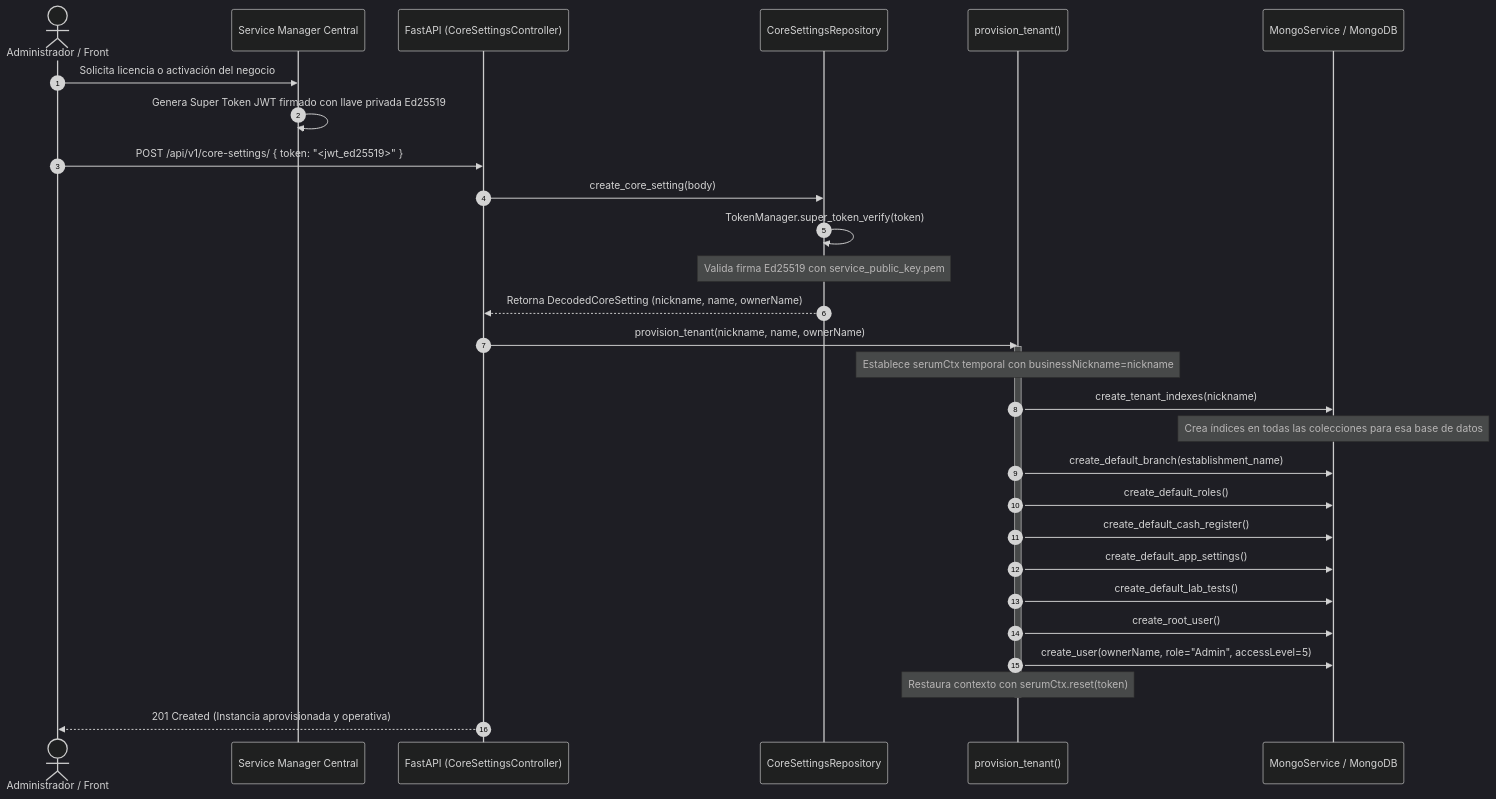
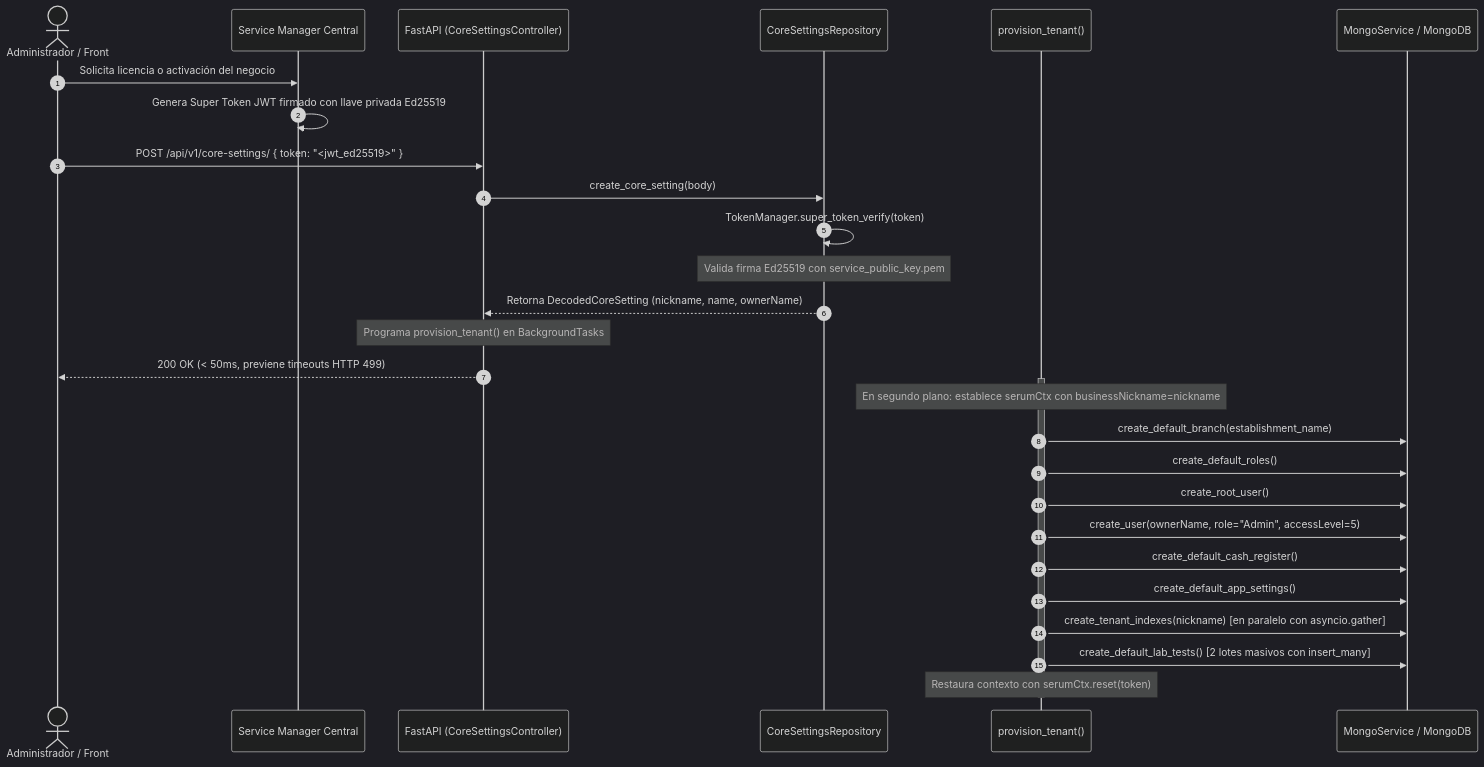
The second of 2 diagrams in wiki/arquitectura/multi_tenant.md (NathanDraco22/serum_app_back), drawn with Mermaid (dark theme) before and after one commit. The commit also changed other lines of this file and 8 other files, not shown here.

````diff
--- a/wiki/arquitectura/multi_tenant.md
+++ b/wiki/arquitectura/multi_tenant.md
@@ -89,33 +89,32 @@
 ```mermaid
 sequenceDiagram
     autonumber
     actor Admin as Administrador / Front
     participant SM as Service Manager Central
     participant API as FastAPI (CoreSettingsController)
     participant Repo as CoreSettingsRepository
     participant Prov as provision_tenant()
     participant Mongo as MongoService / MongoDB
 
     Admin->>SM: Solicita licencia o activación del negocio
     SM->>SM: Genera Super Token JWT firmado con llave privada Ed25519
     Admin->>API: POST /api/v1/core-settings/ { token: "<jwt_ed25519>" }
     API->>Repo: create_core_setting(body)
     Repo->>Repo: TokenManager.super_token_verify(token)
     Note over Repo: Valida firma Ed25519 con service_public_key.pem
     Repo-->>API: Retorna DecodedCoreSetting (nickname, name, ownerName)
-    API->>Prov: provision_tenant(nickname, name, ownerName)
+    Note over API: Programa provision_tenant() en BackgroundTasks
+    API-->>Admin: 200 OK (< 50ms, previene timeouts HTTP 499)
     activate Prov
-    Note over Prov: Establece serumCtx temporal con businessNickname=nickname
-    Prov->>Mongo: create_tenant_indexes(nickname)
-    Note over Mongo: Crea índices en todas las colecciones para esa base de datos
+    Note over Prov: En segundo plano: establece serumCtx con businessNickname=nickname
     Prov->>Mongo: create_default_branch(establishment_name)
     Prov->>Mongo: create_default_roles()
+    Prov->>Mongo: create_root_user()
+    Prov->>Mongo: create_user(ownerName, role="Admin", accessLevel=5)
     Prov->>Mongo: create_default_cash_register()
     Prov->>Mongo: create_default_app_settings()
-    Prov->>Mongo: create_default_lab_tests()
-    Prov->>Mongo: create_root_user()
-    Prov->>Mongo: create_user(ownerName, role="Admin", accessLevel=5)
+    Prov->>Mongo: create_tenant_indexes(nickname) [en paralelo con asyncio.gather]
+    Prov->>Mongo: create_default_lab_tests() [2 lotes masivos con insert_many]
     Note over Prov: Restaura contexto con serumCtx.reset(token)
     deactivate Prov
-    API-->>Admin: 201 Created (Instancia aprovisionada y operativa)
 ```
````
